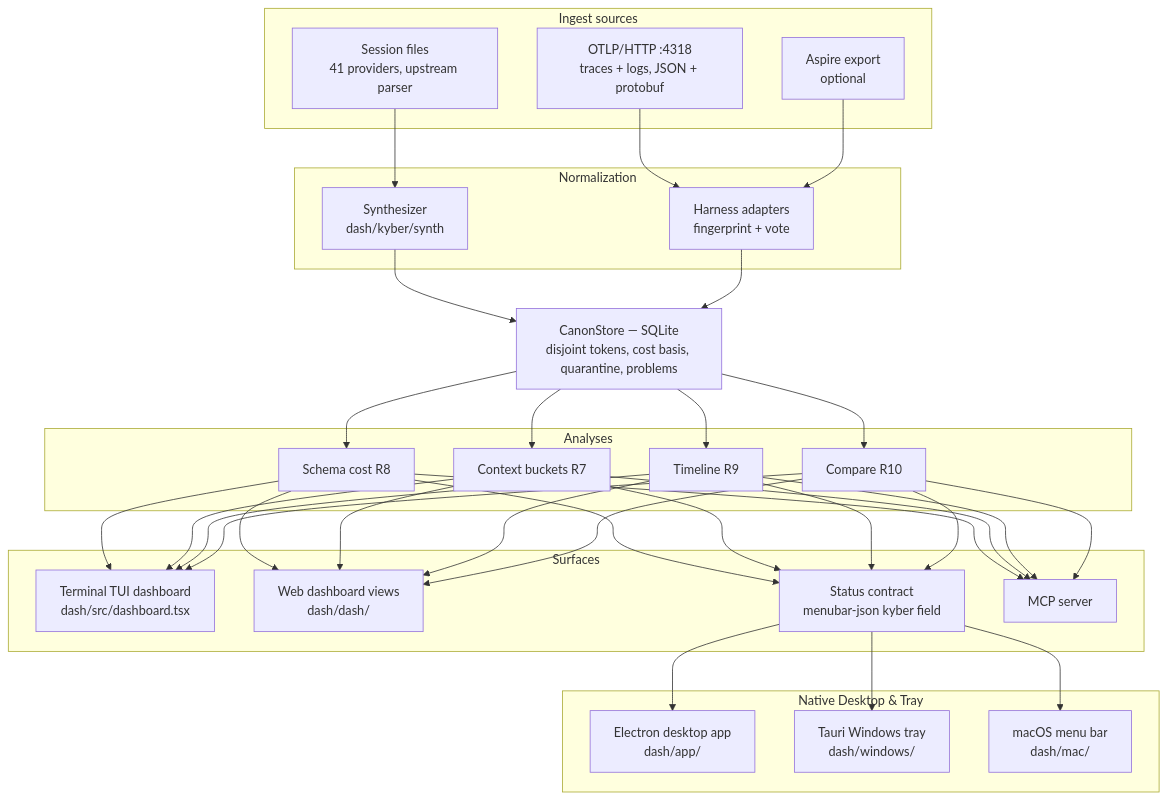
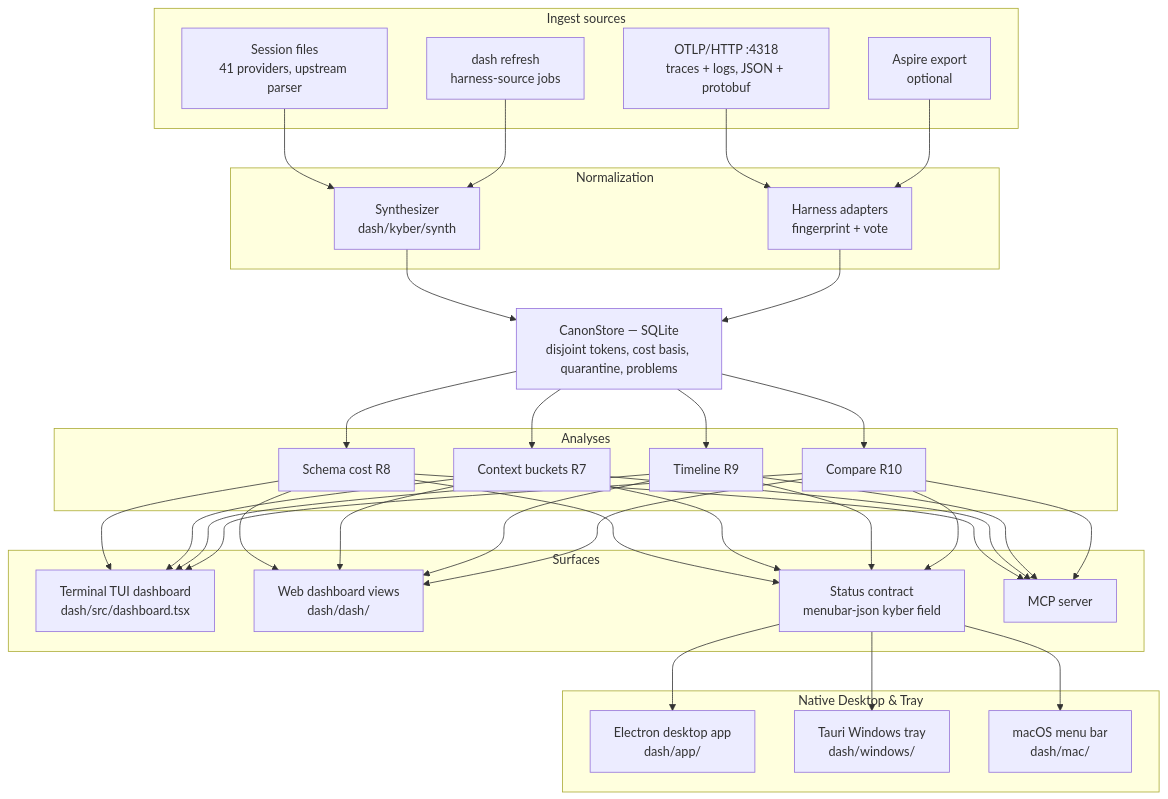
One commit to dpalfery/kyber-weave changed the first of 2 diagrams in docs/dash/architecture.md. Above: the diagram before and after it, drawn with Mermaid. The commit also changed other lines of this file and 118 other files, not shown here.

First line of the commit message:
feat(kyberdash): ship the diagnostic spine remainder and checkpointed harness refresh

````diff
--- a/docs/dash/architecture.md
+++ b/docs/dash/architecture.md
@@ -66,44 +75,46 @@
 ```mermaid
 flowchart TB
     subgraph sources["Ingest sources"]
         FS["Session files<br/>41 providers, upstream parser"]
+        RF["dash refresh<br/>harness-source jobs"]
         OT["OTLP/HTTP :4318<br/>traces + logs, JSON + protobuf"]
         AS["Aspire export<br/>optional"]
     end
 
     subgraph normalize["Normalization"]
         SY["Synthesizer<br/>dash/kyber/synth"]
         AD["Harness adapters<br/>fingerprint + vote"]
     end
 
     ST["CanonStore — SQLite<br/>disjoint tokens, cost basis, quarantine, problems"]
 
     subgraph analyses["Analyses"]
         AN1["Schema cost R8"]
         AN2["Context buckets R7"]
         AN3["Timeline R9"]
         AN4["Compare R10"]
     end
 
     subgraph surfaces["Surfaces"]
         TUI["Terminal TUI dashboard<br/>dash/src/dashboard.tsx"]
         WEB["Web dashboard views<br/>dash/dash/"]
         SC["Status contract<br/>menubar-json kyber field"]
         MCP["MCP server"]
     end
 
     subgraph native["Native Desktop & Tray"]
         ELEC["Electron desktop app<br/>dash/app/"]
         TAURI["Tauri Windows tray<br/>dash/windows/"]
         MAC["macOS menu bar<br/>dash/mac/"]
     end
 
     FS --> SY
+    RF --> SY
     OT --> AD
     AS --> AD
     SY --> ST
     AD --> ST
     ST --> AN1 & AN2 & AN3 & AN4
     AN1 & AN2 & AN3 & AN4 --> TUI & WEB & SC & MCP
     SC --> ELEC & TAURI & MAC
 ```
````
